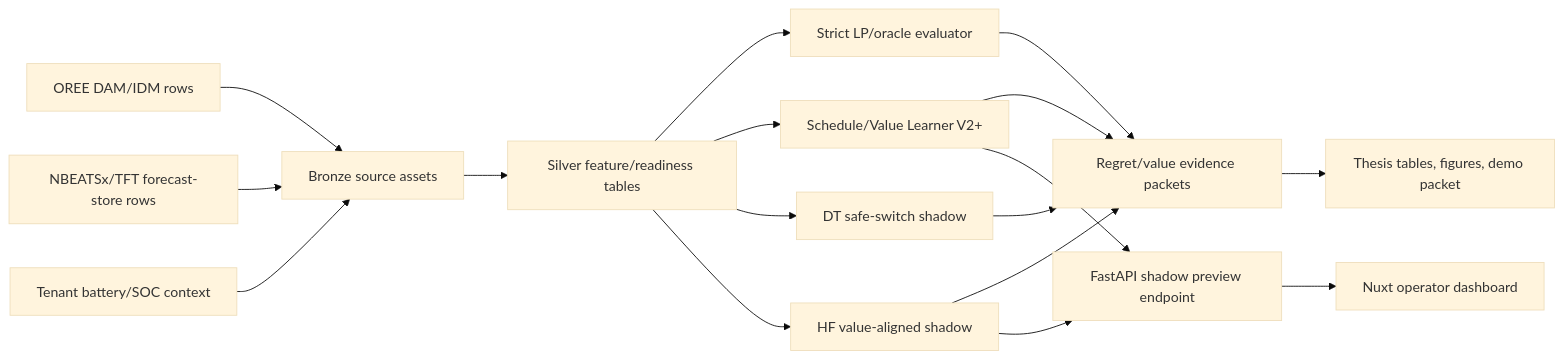
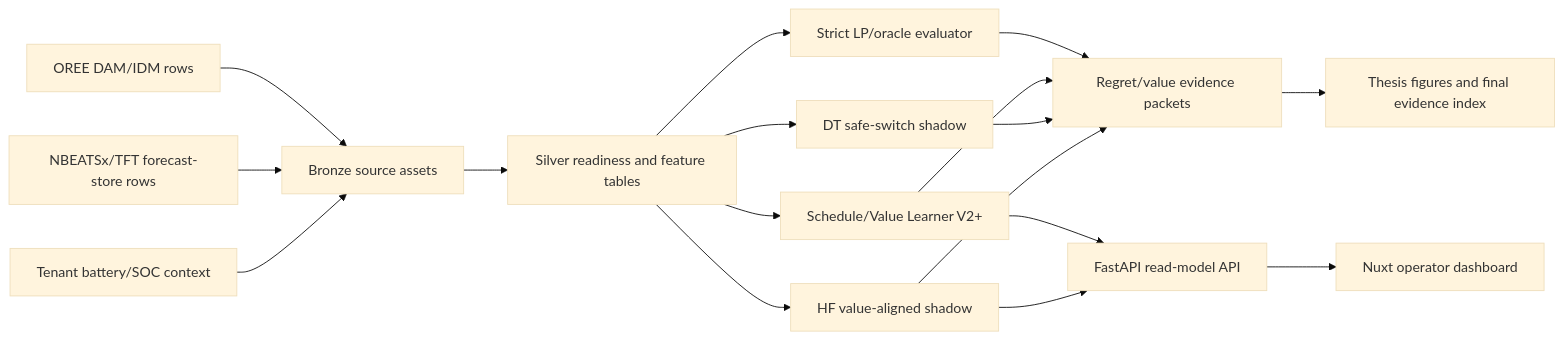
Before and after one commit to ilyafefelov/Diploma: the diagram in README.md, drawn with Mermaid (base theme). The commit also changed other lines of this file and 7728 other files, not shown here.

````diff
--- a/README.md
+++ b/README.md
@@ -93,19 +48,19 @@
 ```mermaid
 flowchart LR
   A["OREE DAM/IDM rows"] --> B["Bronze source assets"]
-  A2["NBEATSx/TFT forecast-store rows"] --> B
+  F["NBEATSx/TFT forecast-store rows"] --> B
   T["Tenant battery/SOC context"] --> B
-  B --> C["Silver feature/readiness tables"]
+  B --> C["Silver readiness and feature tables"]
   C --> D["Strict LP/oracle evaluator"]
   C --> E["Schedule/Value Learner V2+"]
-  C --> F["DT safe-switch shadow"]
-  C --> G["HF value-aligned shadow"]
-  D --> H["Regret/value evidence packets"]
-  E --> H
-  F --> H
-  G --> H
-  G --> I["FastAPI shadow preview endpoint"]
+  C --> G["DT safe-switch shadow"]
+  C --> H["HF value-aligned shadow"]
+  D --> I["Regret/value evidence packets"]
   E --> I
-  I --> J["Nuxt operator dashboard"]
-  H --> K["Thesis tables, figures, demo packet"]
+  G --> I
+  H --> I
+  E --> J["FastAPI read-model API"]
+  H --> J
+  J --> K["Nuxt operator dashboard"]
+  I --> L["Thesis figures and final evidence index"]
 ```
````
